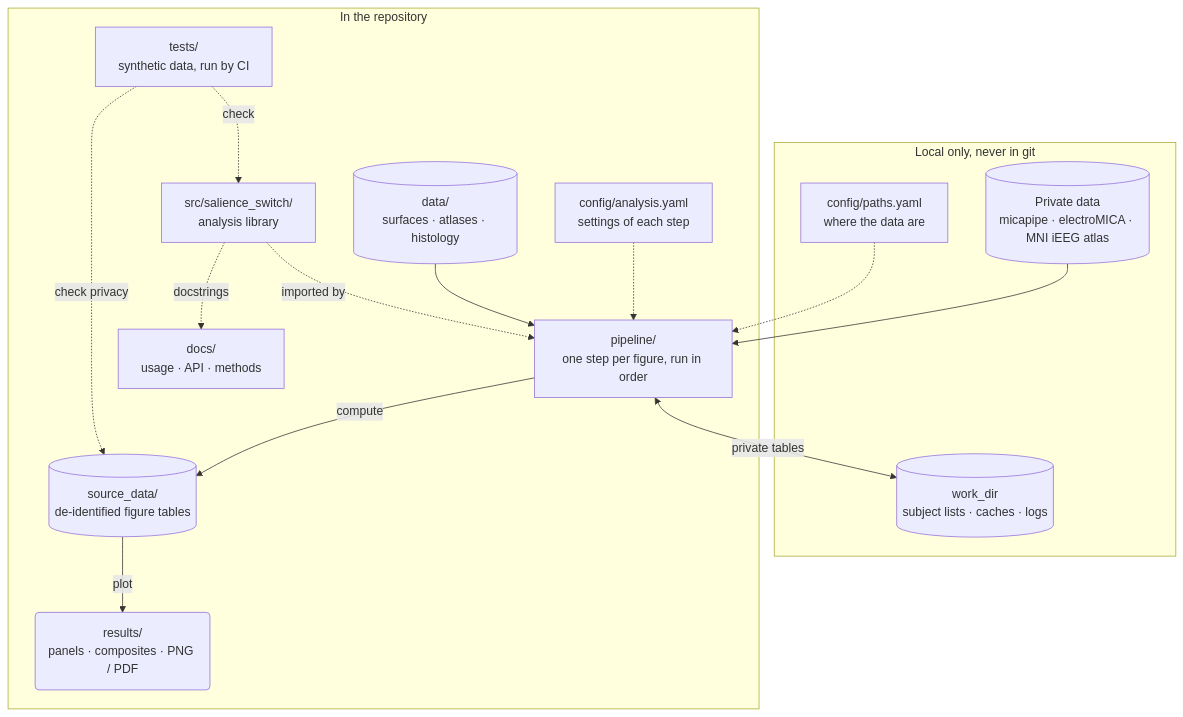
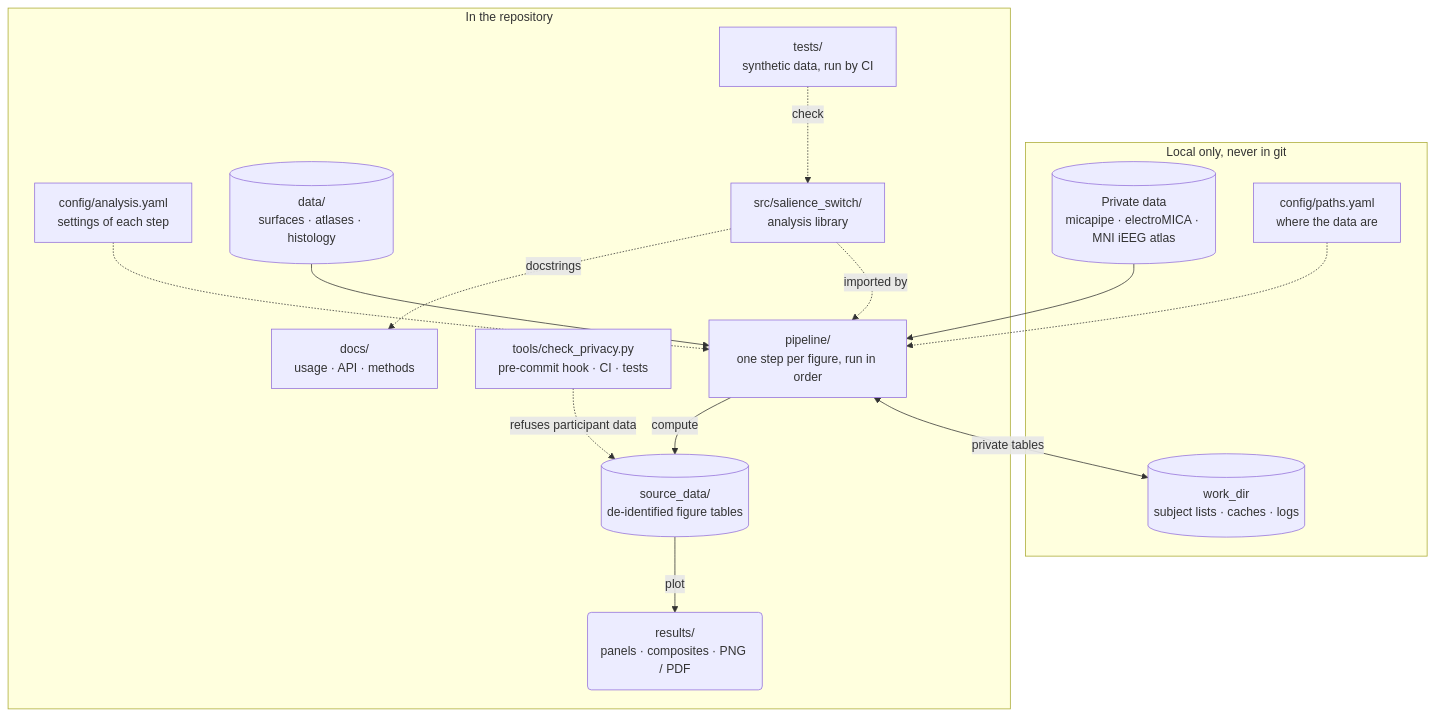
Before and after one commit to PaulBautin/salience-network-multiscale-switch: the first of 7 diagrams in docs/architecture.md, drawn with Mermaid. The commit also changed other lines of this file and 122 other files, not shown here.

Commit message:
every figure is updated, the docs are updated

````diff
--- a/docs/architecture.md
+++ b/docs/architecture.md
@@ -16,29 +16,30 @@
 ```mermaid
 flowchart TD
     subgraph local ["Local only, never in git"]
         private[("Private data<br/>micapipe · electroMICA · MNI iEEG atlas")]
         paths["config/paths.yaml<br/>where the data are"]
         work[("work_dir<br/>subject lists · caches · logs")]
     end
     subgraph repo ["In the repository"]
         settings["config/analysis.yaml<br/>settings of each step"]
         templates[("data/<br/>surfaces · atlases · histology")]
         lib["src/salience_switch/<br/>analysis library"]
         steps["pipeline/<br/>one step per figure, run in order"]
         source[("source_data/<br/>de-identified figure tables")]
         figs("results/<br/>panels · composites · PNG / PDF")
         tests["tests/<br/>synthetic data, run by CI"]
+        privacy["tools/check_privacy.py<br/>pre-commit hook · CI · tests"]
         docs["docs/<br/>usage · API · methods"]
     end
     private --> steps
     paths -.-> steps
     settings -.-> steps
     templates --> steps
     lib -.->|imported by| steps
     steps <-->|private tables| work
     steps -->|compute| source
     source -->|plot| figs
     lib -.->|docstrings| docs
     tests -.->|check| lib
-    tests -.->|check privacy| source
+    privacy -.->|refuses participant data| source
 ```
````
